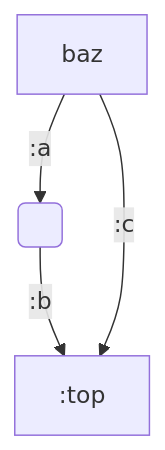
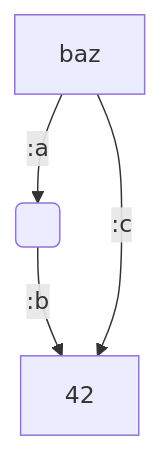
The fourth of 4 diagrams in README.md (ekoontz/dag-unify), drawn with Mermaid before and after one commit. The commit also changed other lines of this file, not shown here.

Commit message:
fix doc typos

````diff
--- a/README.md
+++ b/README.md
@@ -202,6 +202,6 @@
 ```mermaid
 graph TD
     baz --> |:a| B( )
-    B   --> |:b| D[:top]
+    B   --> |:b| D[42]
     baz --> |:c| D
 ```
````
